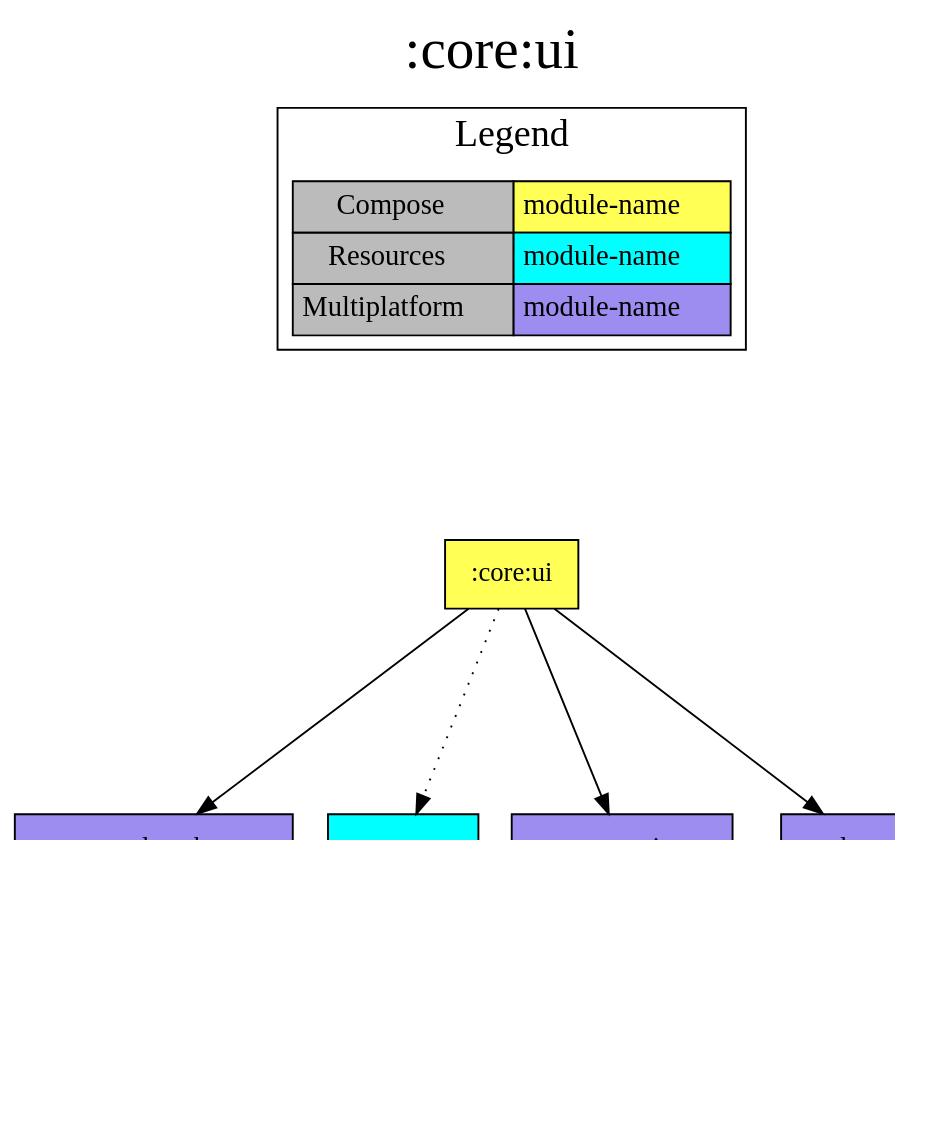
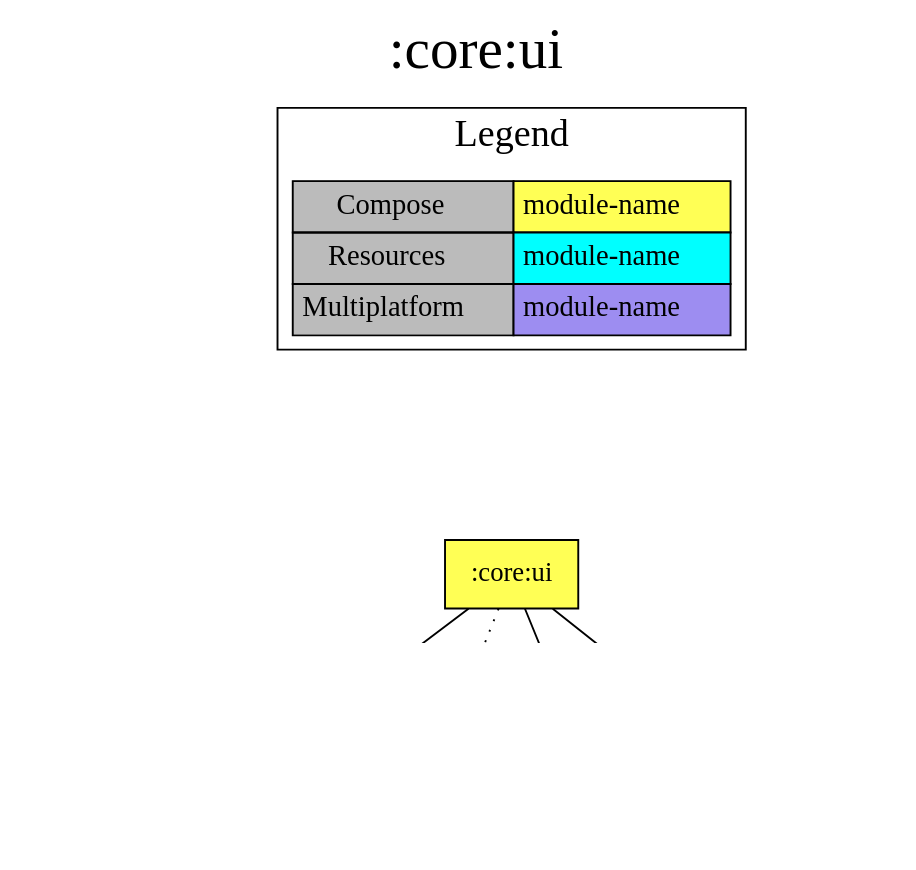
Before and after one commit to jonapoul/aktual: the diagram in modules/core/ui/project-dependency-graph.dot, drawn with Graphviz. The commit also changed 143 other files, not shown here.

```diff
--- a/modules/core/ui/project-dependency-graph.dot
+++ b/modules/core/ui/project-dependency-graph.dot
@@ -1,33 +1,29 @@
 digraph {
 edge ["dir"="forward"]
 graph ["dpi"="100","label"=":core:ui","labelloc"="t","fontsize"="30","ranksep"="1.5","rankdir"="TB"]
 node ["style"="filled"]
-":core:buildconfig" ["fillcolor"="#9D8DF1","shape"="box"]
 ":core:colorscheme" ["fillcolor"="#9D8DF1","shape"="box"]
-":core:model" ["fillcolor"="#9D8DF1","shape"="box"]
 ":core:res" ["fillcolor"="#00FFFF","shape"="box"]
 ":core:ui" ["fillcolor"="#FFFF55","shape"="box"]
 ":core:versions" ["fillcolor"="#9D8DF1","shape"="box"]
 ":url:model" ["fillcolor"="#9D8DF1","shape"="box"]
 {
 edge ["dir"="none"]
 graph ["rank"="same"]
 }
 ":core:ui" -> ":core:colorscheme"
 ":core:ui" -> ":core:res" ["style"="dotted"]
 ":core:ui" -> ":core:versions"
 ":core:ui" -> ":url:model"
-":core:versions" -> ":core:buildconfig"
-":url:model" -> ":core:model" ["style"="dotted"]
 subgraph "cluster_legend" {
 edge ["dir"="none"]
 graph ["label"="Legend","fontsize"="20"]
 "Legend" ["style"="filled","fillcolor"="#bbbbbb","shape"="none","margin"="0","fontsize"="15","label"=<
 <TABLE BORDER="0" CELLBORDER="1" CELLSPACING="0" CELLPADDING="4">
 <TR><TD>Compose</TD><TD BGCOLOR="#FFFF55">module-name</TD></TR>
 <TR><TD>Resources</TD><TD BGCOLOR="#00FFFF">module-name</TD></TR>
 <TR><TD>Multiplatform</TD><TD BGCOLOR="#9D8DF1">module-name</TD></TR>
 </TABLE>
 >]
 } -> ":core:ui" ["style"="invis"]
 }
```
